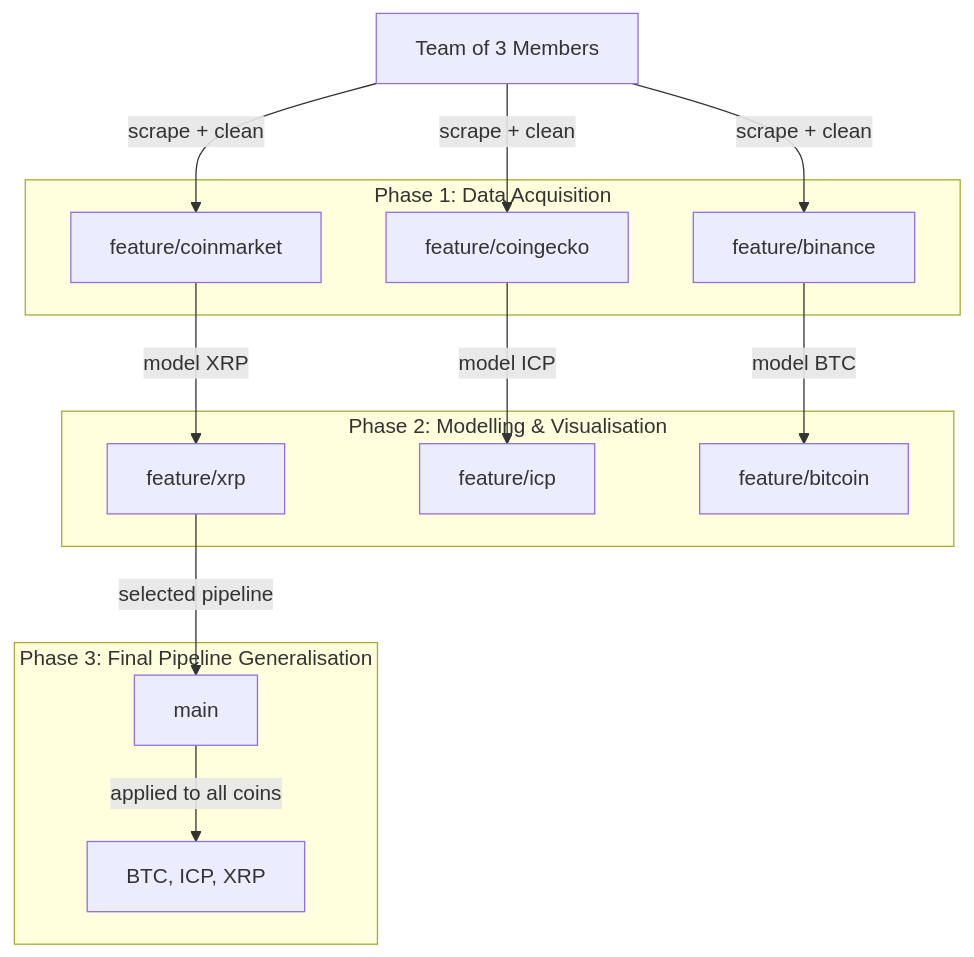
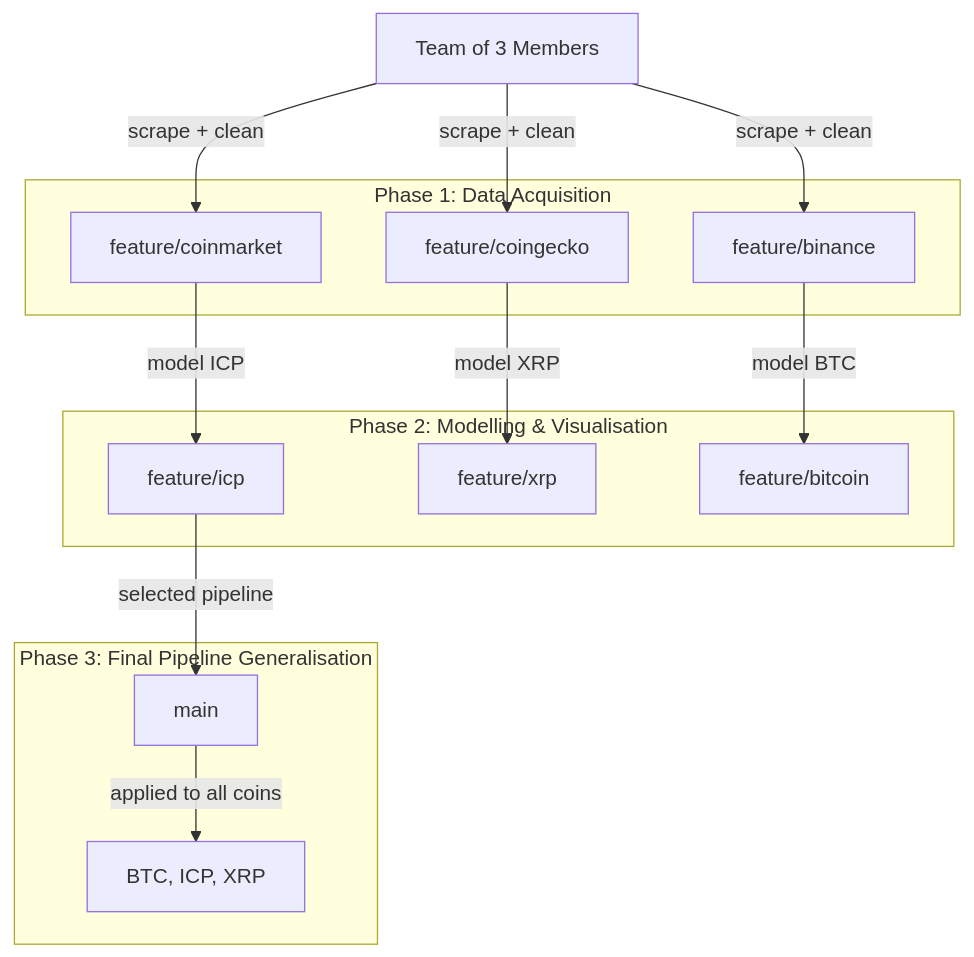
One commit to raphaelspgll/CIP_FS2026_103 changed the diagram in README.md. Above: the diagram before and after it, drawn with Mermaid.

Commit message:
Swap feature branches in README diagram
Switch to correct order.

````diff
--- a/README.md
+++ b/README.md
@@ -139,33 +139,33 @@
 ```mermaid
 flowchart TD
 
 A[Team of 3 Members]
 
 subgraph S[Phase 1: Data Acquisition]
     B1[feature/coinmarket]
     B2[feature/coingecko]
     B3[feature/binance]
 end
 
 subgraph M[Phase 2: Modelling & Visualisation]
-    C1[feature/xrp]
-    C2[feature/icp]
+    C1[feature/icp]
+    C2[feature/xrp]
     C3[feature/bitcoin]
 end
 
 subgraph F[Phase 3: Final Pipeline Generalisation]
     D[main]
     E[BTC, ICP, XRP]
 end
 
 A -->|scrape + clean| B1
 A -->|scrape + clean| B2
 A -->|scrape + clean| B3
 
-B1 -->|model XRP| C1
-B2 -->|model ICP| C2
+B1 -->|model ICP| C1
+B2 -->|model XRP| C2
 B3 -->|model BTC| C3
 
 C1 -->|selected pipeline| D
 D -->|applied to all coins| E
 ```
````
